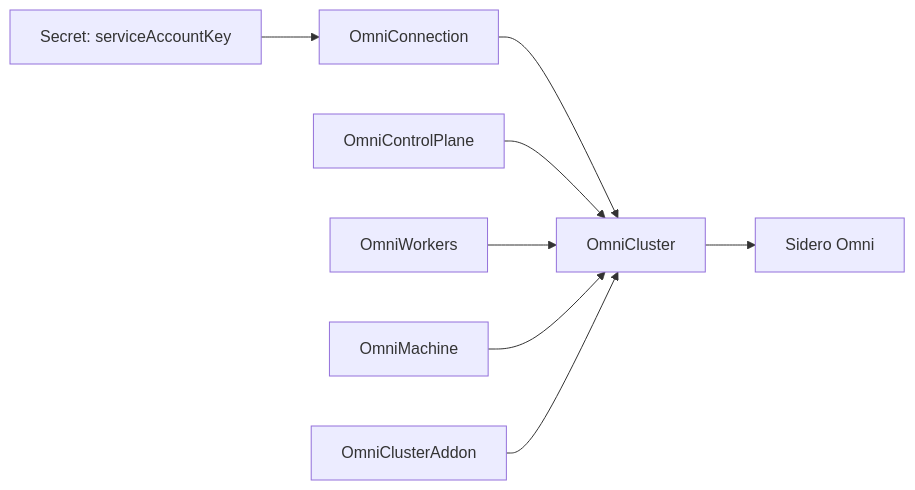
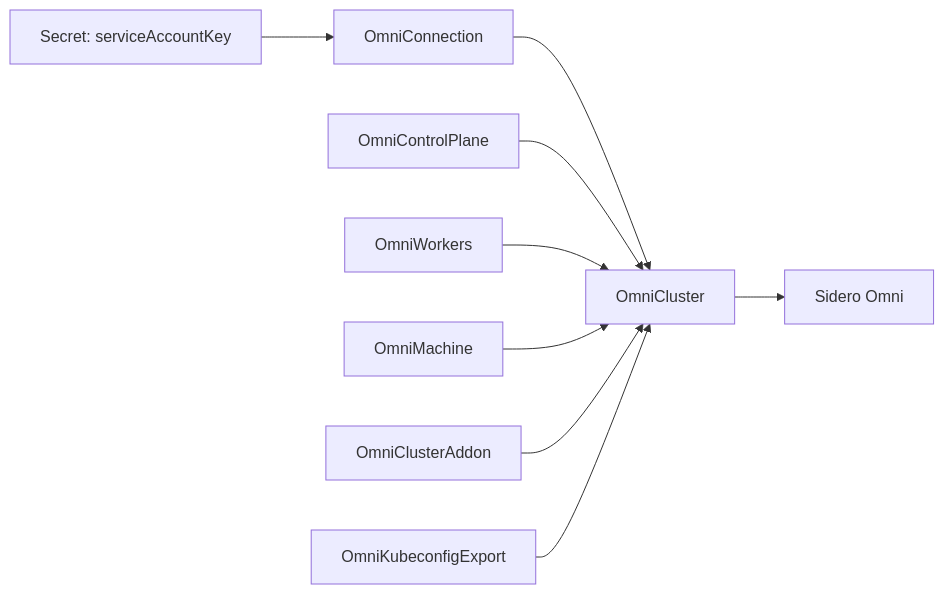
One commit to texas-hpc/omni-cluster-operator changed the diagram in docs/index.md. Above: the diagram before and after it, drawn with Mermaid. The commit also changed other lines of this file and 37 other files, not shown here.

First line of the commit message:
[codex] Add opt-in kubeconfig export resource (#69)

````diff
--- a/docs/index.md
+++ b/docs/index.md
@@ -40,10 +42,11 @@
 ```mermaid
 flowchart LR
   Secret["Secret: serviceAccountKey"] --> Connection["OmniConnection"]
   Connection --> Cluster["OmniCluster"]
   ControlPlane["OmniControlPlane"] --> Cluster
   Workers["OmniWorkers"] --> Cluster
   Machine["OmniMachine"] --> Cluster
   Addon["OmniClusterAddon"] --> Cluster
+  Export["OmniKubeconfigExport"] --> Cluster
   Cluster --> Omni["Sidero Omni"]
 ```
````
